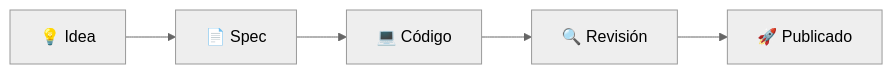
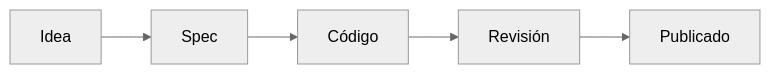
One commit to jcalistop/sdd-kit changed the diagram in README.md. Above: the diagram before and after it, drawn with Mermaid (neutral theme). The commit also changed other lines of this file, not shown here.

First line of the commit message:
fix(readme): simplificar diagrama Mermaid para render en GitHub

````diff
--- a/README.md
+++ b/README.md
@@ -52,7 +52,7 @@
 ```mermaid
 flowchart LR
-    A["💡 Idea"] --> B["📄 Spec"]
-    B --> C["💻 Código"]
-    C --> D["🔍 Revisión"]
-    D --> E["🚀 Publicado"]
+    idea[Idea] --> spec[Spec]
+    spec --> code[Código]
+    code --> review[Revisión]
+    review --> release[Publicado]
 ```
````
